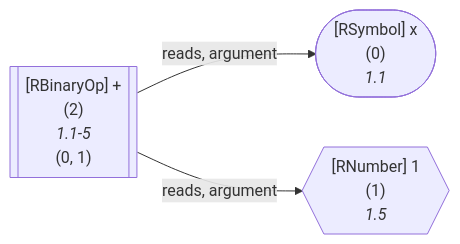
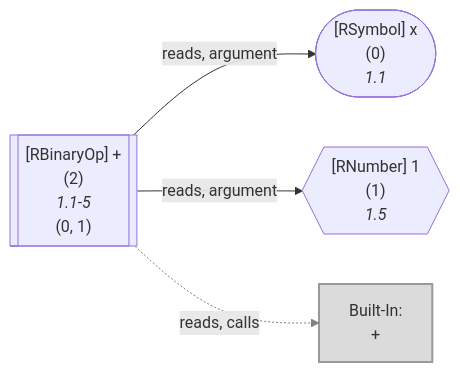
One commit to flowr-analysis/flowr changed the eighth of 13 diagrams in wiki/Query API.md. Above: the diagram before and after it, drawn with Mermaid. The commit also changed other lines of this file and 339 other files, not shown here.

````diff
--- a/wiki/Query API.md
+++ b/wiki/Query API.md
@@ -2133,15 +3351,20 @@
 ```mermaid
 flowchart LR
     0(["`#91;RSymbol#93; x
       (0)
       *1.1*`"])
     1{{"`#91;RNumber#93; 1
       (1)
       *1.5*`"}}
     2[["`#91;RBinaryOp#93; #43;
       (2)
       *1.1-5*
     (0, 1)`"]]
+    built-in:_["`Built-In:
+#43;`"]
+    style built-in:_ stroke:gray,fill:lightgray,stroke-width:2px,opacity:.8;
     2 -->|"reads, argument"| 0
     2 -->|"reads, argument"| 1
+    2 -.->|"reads, calls"| built-in:_
+    linkStyle 2 stroke:gray;
 ```
````
